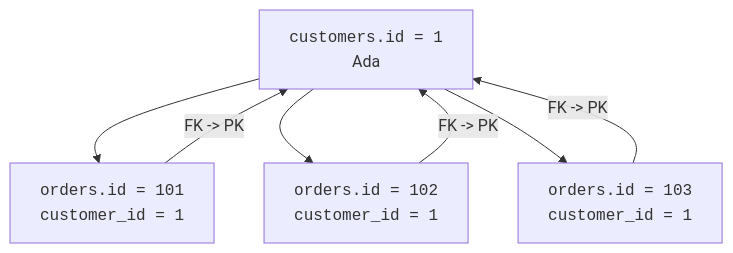
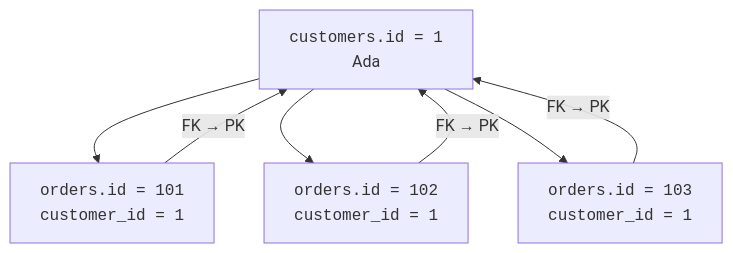
One commit to dataslope/dataslope changed the third of 4 diagrams in content/courses/database-design-postgresql/one-to-many.mdx. Above: the diagram before and after it, drawn with Mermaid. The commit also changed 26 other files, not shown here.

````diff
--- a/content/courses/database-design-postgresql/one-to-many.mdx
+++ b/content/courses/database-design-postgresql/one-to-many.mdx
@@ -61,9 +61,9 @@
 ```mermaid
 flowchart TD
     C["<code>customers.id = 1</code><br/>Ada"] --> O1["<code>orders.id = 101<br/>customer_id = 1</code>"]
     C --> O2["<code>orders.id = 102<br/>customer_id = 1</code>"]
     C --> O3["<code>orders.id = 103<br/>customer_id = 1</code>"]
-    O1 -->|"FK -> PK"| C
-    O2 -->|"FK -> PK"| C
-    O3 -->|"FK -> PK"| C
+    O1 -->|"FK → PK"| C
+    O2 -->|"FK → PK"| C
+    O3 -->|"FK → PK"| C
 ```
````
